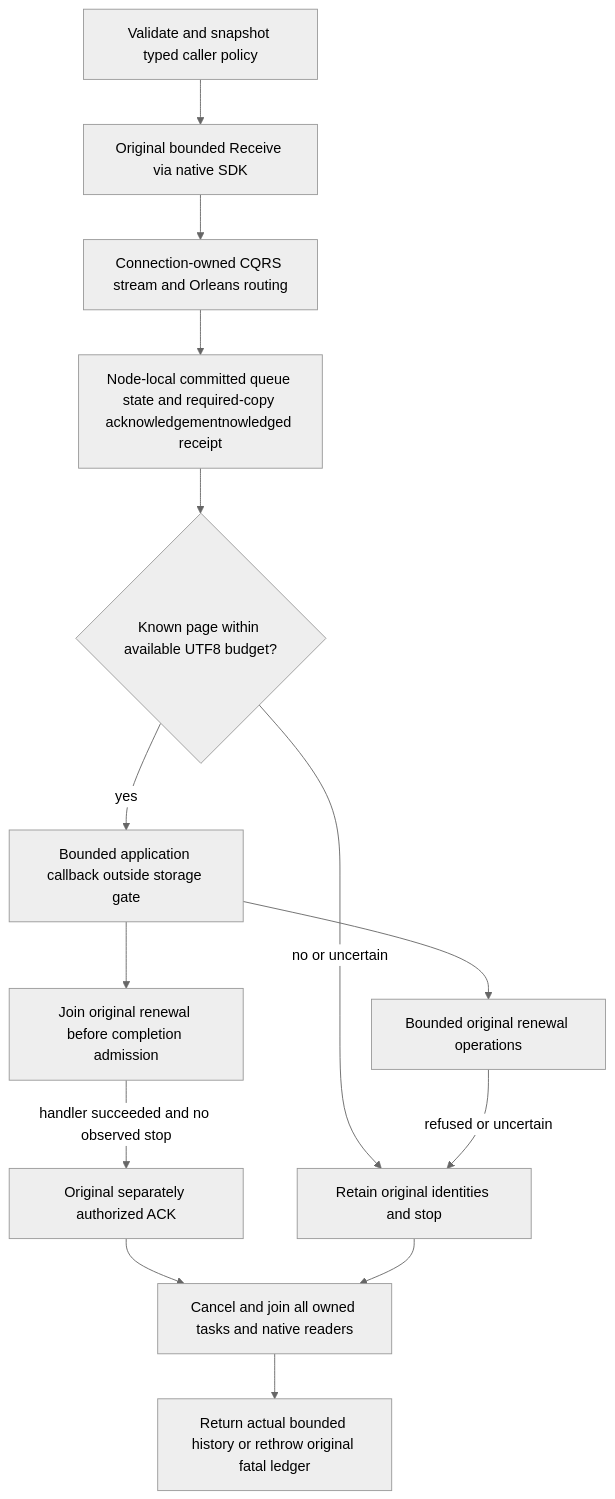
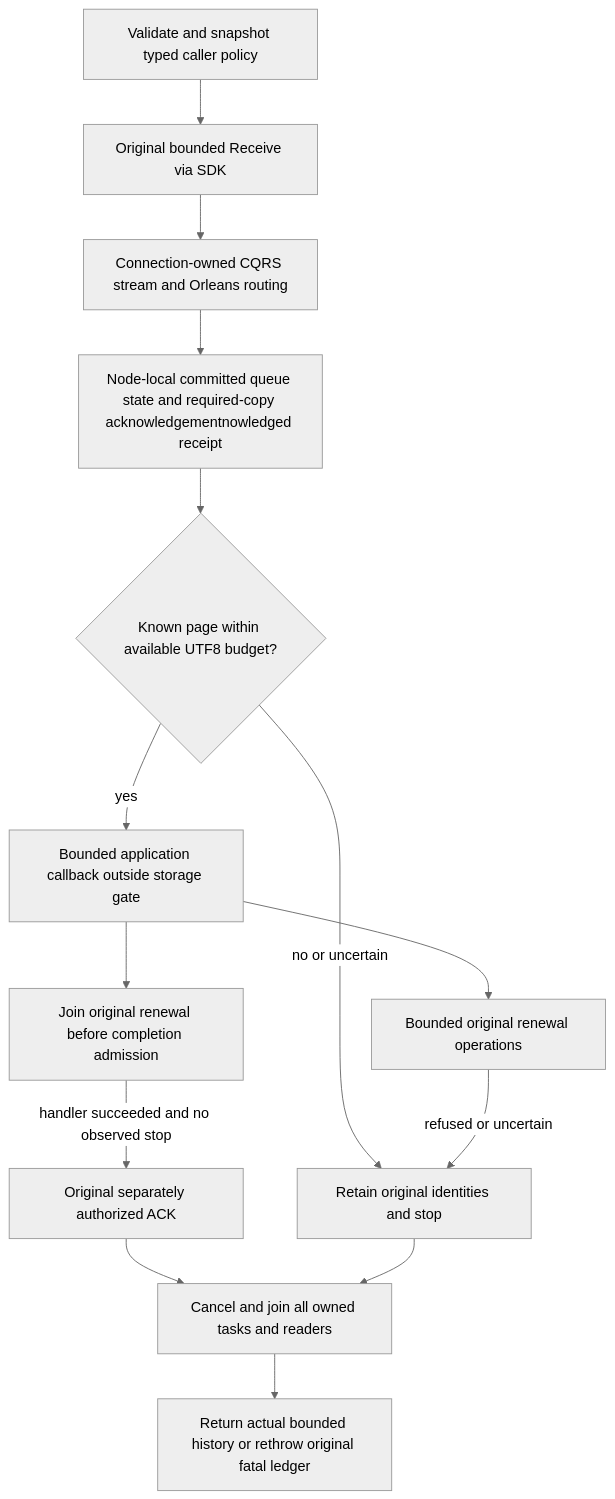
One commit to managedcode/KeyLoad changed the diagram in docs/Features/Messaging/ExternalQueueWorkers.md. Above: the diagram before and after it, drawn with Mermaid (neutral theme). The commit also changed other lines of this file and 9016 other files, not shown here.

````diff
--- a/docs/Features/Messaging/ExternalQueueWorkers.md
+++ b/docs/Features/Messaging/ExternalQueueWorkers.md
@@ -9,16 +9,16 @@
 ```mermaid
 flowchart TD
-    Policy[Validate and snapshot typed caller policy] --> Receive[Original bounded Receive via native SDK]
-    Receive --> Native[Connection-owned CQRS stream and Orleans routing]
-    Native --> Store[Node-local committed queue state and required-copy acknowledgementnowledged receipt]
+    Policy[Validate and snapshot typed caller policy] --> Receive[Original bounded Receive via SDK]
+    Receive --> Execution[Connection-owned CQRS stream and Orleans routing]
+    Execution --> Store[Node-local committed queue state and required-copy acknowledgementnowledged receipt]
     Store --> Check{Known page within available UTF8 budget?}
     Check -->|yes| Handler[Bounded application callback outside storage gate]
     Check -->|no or uncertain| Stop[Retain original identities and stop]
     Handler --> Renewal[Bounded original renewal operations]
     Handler --> End[Join original renewal before completion admission]
     Renewal -->|refused or uncertain| Stop
     End -->|handler succeeded and no observed stop| Ack[Original separately authorized ACK]
-    Ack --> Join[Cancel and join all owned tasks and native readers]
+    Ack --> Join[Cancel and join all owned tasks and readers]
     Stop --> Join
     Join --> Result[Return actual bounded history or rethrow original fatal ledger]
 ```
````
